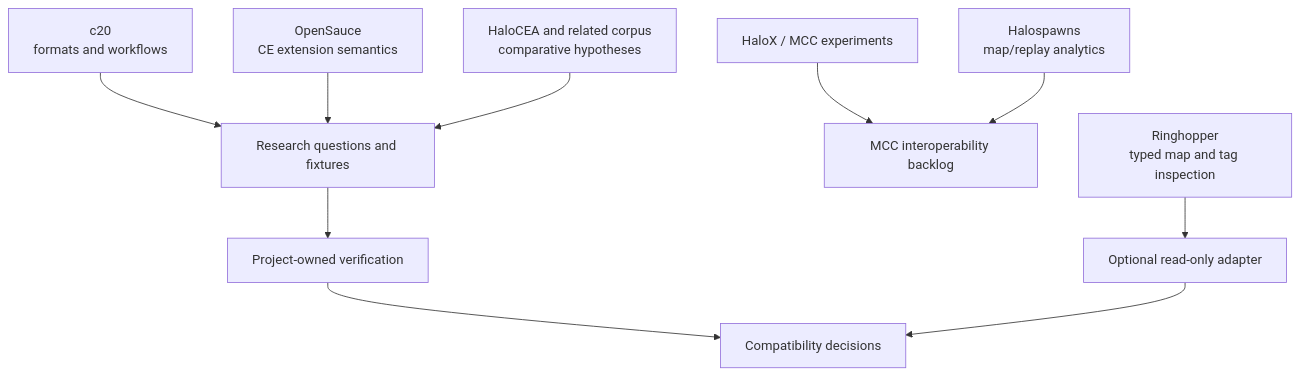
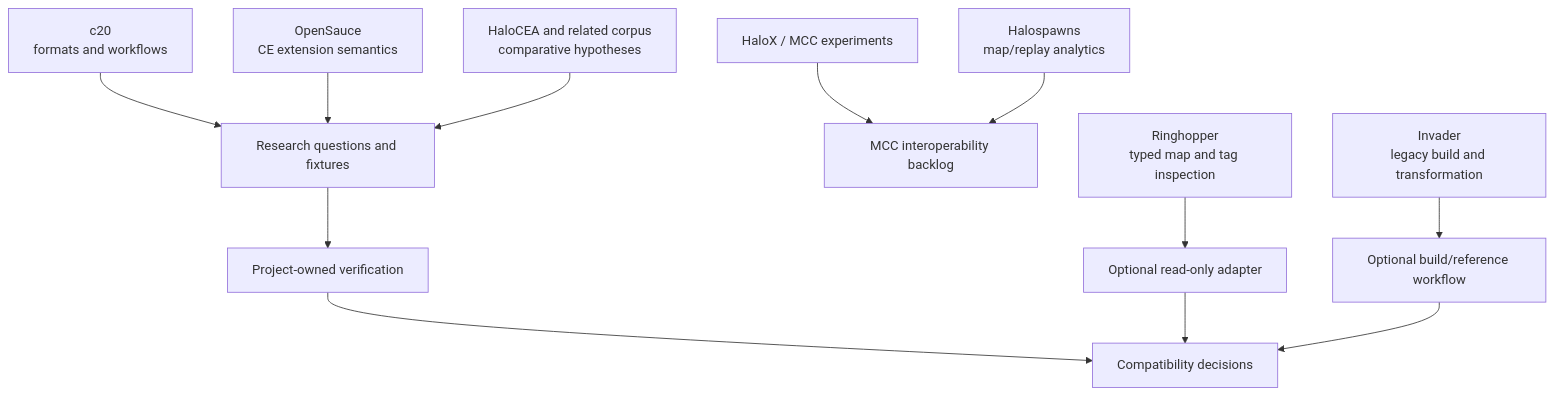
The sixth of 6 diagrams in docs/ecosystem.md (cwilson613/halo), drawn with Mermaid before and after one commit. The commit also changed other lines of this file and 5 other files, not shown here.

````diff
--- a/docs/ecosystem.md
+++ b/docs/ecosystem.md
@@ -134,13 +134,15 @@
 ```mermaid
 flowchart TB
     c20[c20<br/>formats and workflows] --> Questions[Research questions and fixtures]
     Sauce[OpenSauce<br/>CE extension semantics] --> Questions
     HCEA[HaloCEA and related corpus<br/>comparative hypotheses] --> Questions
     HaloX[HaloX / MCC experiments] --> Future[MCC interoperability backlog]
     Spawns[Halospawns<br/>map/replay analytics] --> Future
     Ring[Ringhopper<br/>typed map and tag inspection] --> Adapter[Optional read-only adapter]
+    Invader[Invader<br/>legacy build and transformation] --> Legacy[Optional build/reference workflow]
 
     Questions --> Verify[Project-owned verification]
     Verify --> Decisions[Compatibility decisions]
     Adapter --> Decisions
+    Legacy --> Decisions
 ```
````
